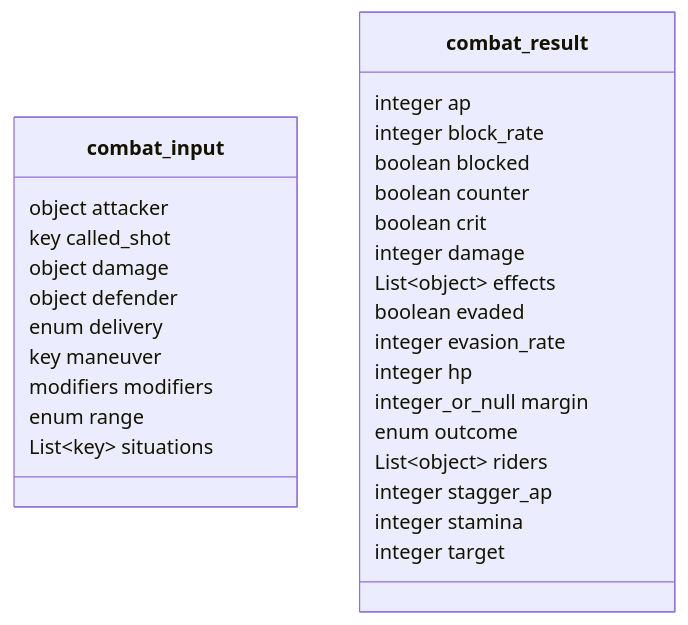
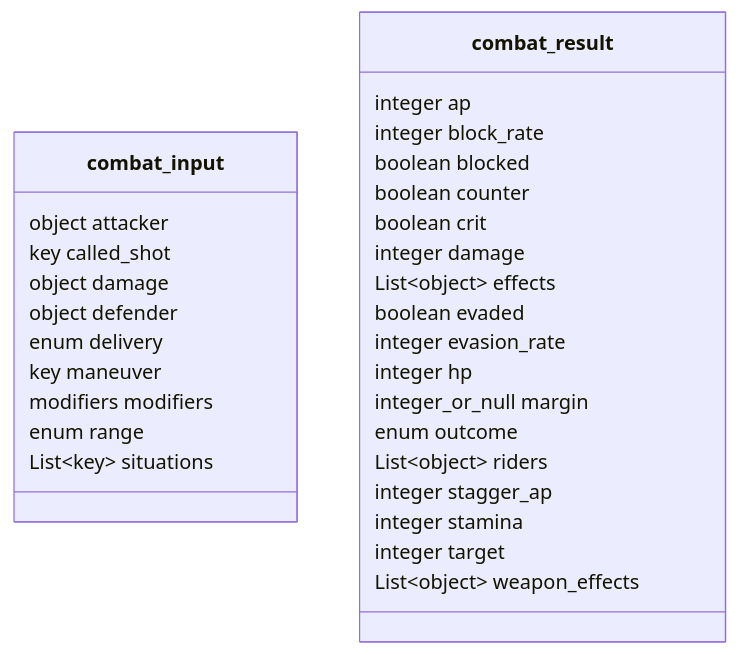
The sixth of 25 diagrams in docs/backend/contract-diagram.md (SETA1609/riftweave-core), drawn with Mermaid before and after one commit. The commit also changed other lines of this file and 29 other files, not shown here.

````diff
--- a/docs/backend/contract-diagram.md
+++ b/docs/backend/contract-diagram.md
@@ -205,32 +208,33 @@
 ```mermaid
 classDiagram
     class combat_input {
         object attacker
         key called_shot
         object damage
         object defender
         enum delivery
         key maneuver
         modifiers modifiers
         enum range
         List~key~ situations
     }
     class combat_result {
         integer ap
         integer block_rate
         boolean blocked
         boolean counter
         boolean crit
         integer damage
         List~object~ effects
         boolean evaded
         integer evasion_rate
         integer hp
         integer_or_null margin
         enum outcome
         List~object~ riders
         integer stagger_ap
         integer stamina
         integer target
+        List~object~ weapon_effects
     }
 ```
````
